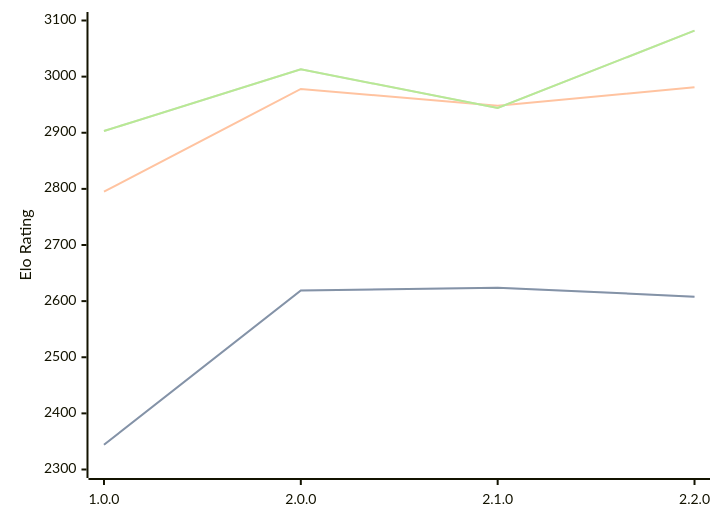
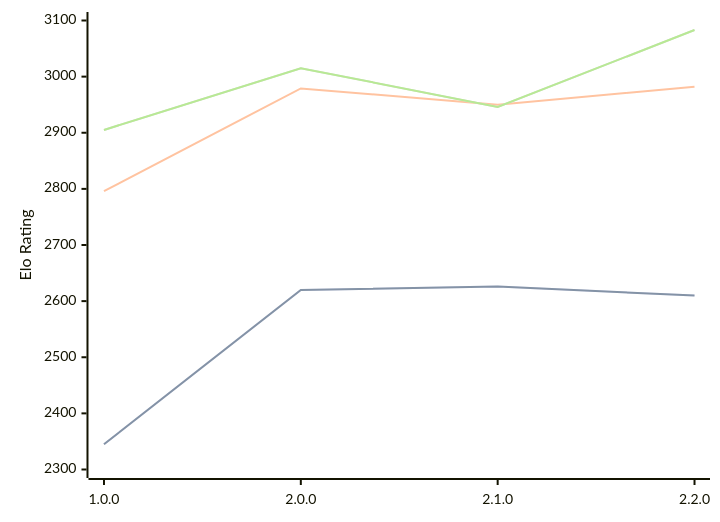
One commit to computer-chess-index/cci changed the diagram in engines/Catalyst.md. Above: the diagram before and after it, drawn with Mermaid. The commit also changed other lines of this file, not shown here.

Commit message:
Update CCI Ratings (ELO VLTC) - 2026-04-11

````diff
--- a/engines/Catalyst.md
+++ b/engines/Catalyst.md
@@ -34,11 +34,11 @@
 ```mermaid
 %%{init: {"theme":"base","themeVariables":{"seriesColors:['#a3a3a3','#222221','#faa371']}}}%%
 xychart-beta
   x-axis ["1.0.0", "2.0.0", "2.1.0", "2.2.0"]
   y-axis "Elo Rating" 2300 --> 3100
-  line "STC (8.0+0.08s)" [2344, 2619, 2624, 2608]
-  line "STC (8.0+0.08s)" [2344, 2619, 2624, 2608]
-  line "LTC (60.0+0.60s)" [2795, 2978, 2948, 2981]
-  line "VLTC (2m24s+1.12s)" [2903, 3013, 2944, 3082]
-  line "VLTC (2m24s+1.12s)" [2903, 3013, 2944, 3082]
+  line "STC (8.0+0.08s)" [2345, 2620, 2626, 2610]
+  line "STC (8.0+0.08s)" [2345, 2620, 2626, 2610]
+  line "LTC (60.0+0.60s)" [2796, 2979, 2950, 2982]
+  line "VLTC (2m24s+1.12s)" [2905, 3015, 2946, 3083]
+  line "VLTC (2m24s+1.12s)" [2905, 3015, 2946, 3083]
 ```
````
